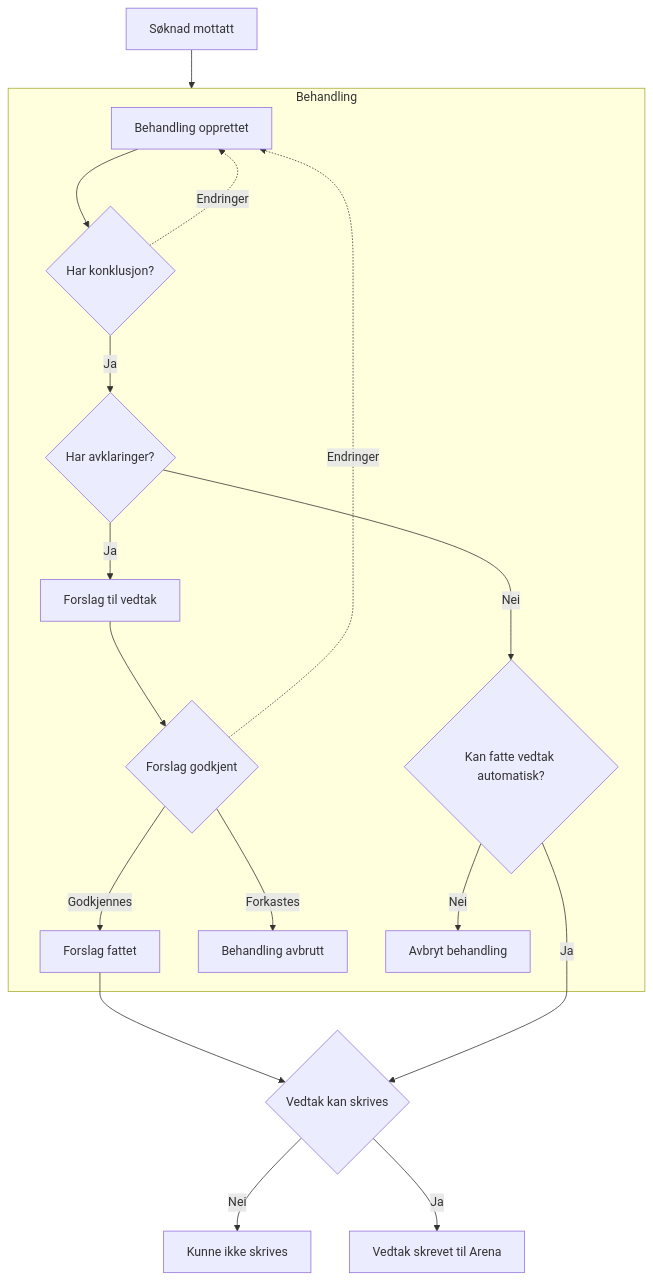
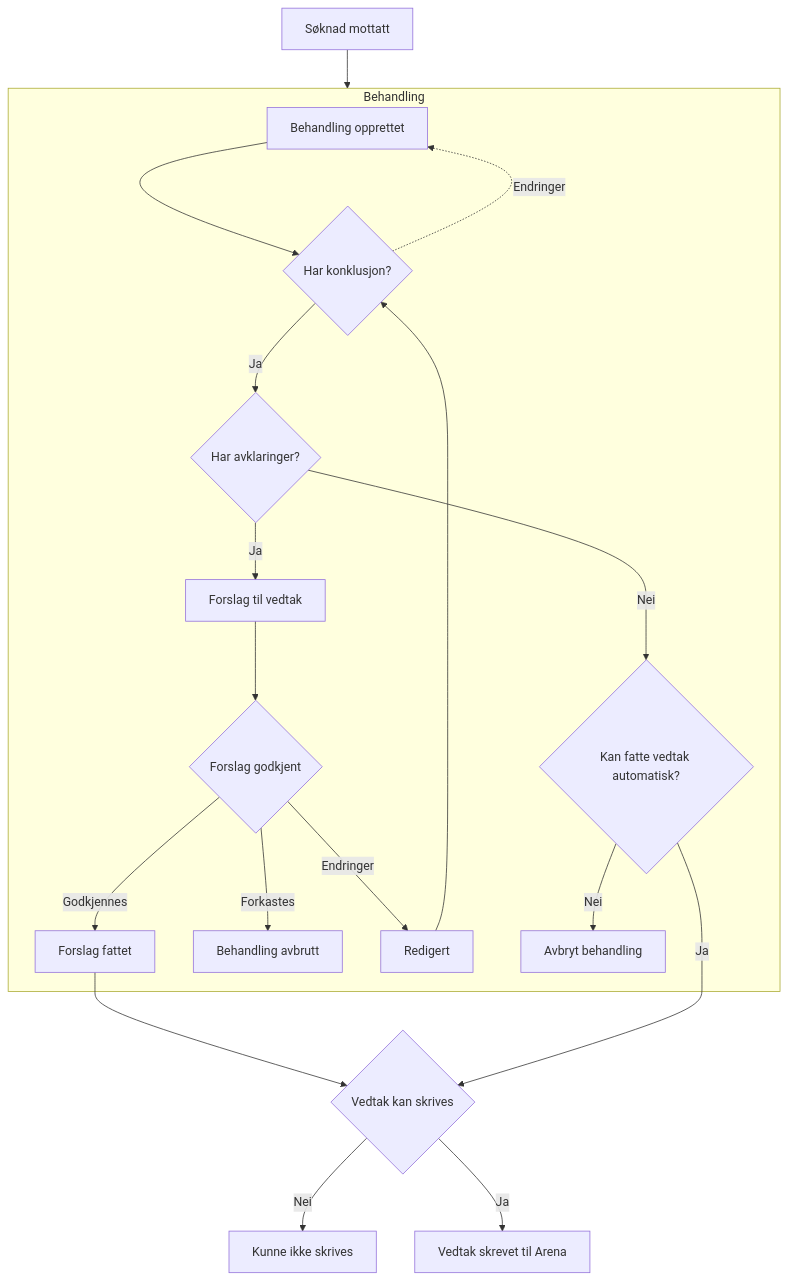
Before and after one commit to navikt/dp-vedtak: the first of 2 diagrams in docs/README.md, drawn with Mermaid.

Commit message:
Oppdaterte flytdiagrammet.

````diff
--- a/docs/README.md
+++ b/docs/README.md
@@ -30,53 +30,57 @@
 ```mermaid
 graph TD;
     Mottatt["Søknad mottatt"]
     Opprettet["Behandling opprettet"]
     ForslagFattet["Forslag fattet"]
     SkrevetTilArena["Vedtak skrevet til Arena"]
 
     Mottatt --> Behandling
     ForslagFattet --> VedtakKanSkrive
 
     ForslagTilVedtak["Forslag til vedtak"]
     BehandlingAvbrutt["Behandling avbrutt"]
+    
+    Redigert["Redigert"]
+    Redigert --> Konklusjon
 
     Konklusjon{"Har konklusjon?"}
     Opprettet --> Konklusjon
     Konklusjon -->|Ja| Avklaring
     Konklusjon -.->|Endringer| Opprettet
     
     Avklaring{"Har avklaringer?"}
     Avklaring -->|Ja| ForslagTilVedtak
     Avklaring -->|Nei| KanFatteVedtak
     
     
     Forslag{"Forslag godkjent"}
     ForslagTilVedtak --> Forslag
+    Forslag -->|Endringer| Redigert
     Forslag -->|Forkastes| BehandlingAvbrutt
     Forslag -->|Godkjennes| ForslagFattet
-    Forslag -.->|Endringer| Opprettet
     
     VedtakKanSkrive{"Vedtak kan skrives"}
     VedtakKanSkrive -->|Nei| KunneIkkeSkrive
     VedtakKanSkrive -->|Ja| SkrevetTilArena
     
     KanFatteVedtak{"Kan fatte vedtak automatisk?"}
     KanFatteVedtak -->|Ja| VedtakKanSkrive
     KanFatteVedtak -->|Nei| Avbryt
     
     Avbryt["Avbryt behandling"]
 
     KunneIkkeSkrive["Kunne ikke skrives"]
     
     subgraph Behandling
         Opprettet
         Avklaring
         Forslag
+        Redigert
         Konklusjon
         ForslagTilVedtak
         BehandlingAvbrutt
         ForslagFattet
         KanFatteVedtak
         Avbryt
     end
 ```
````
